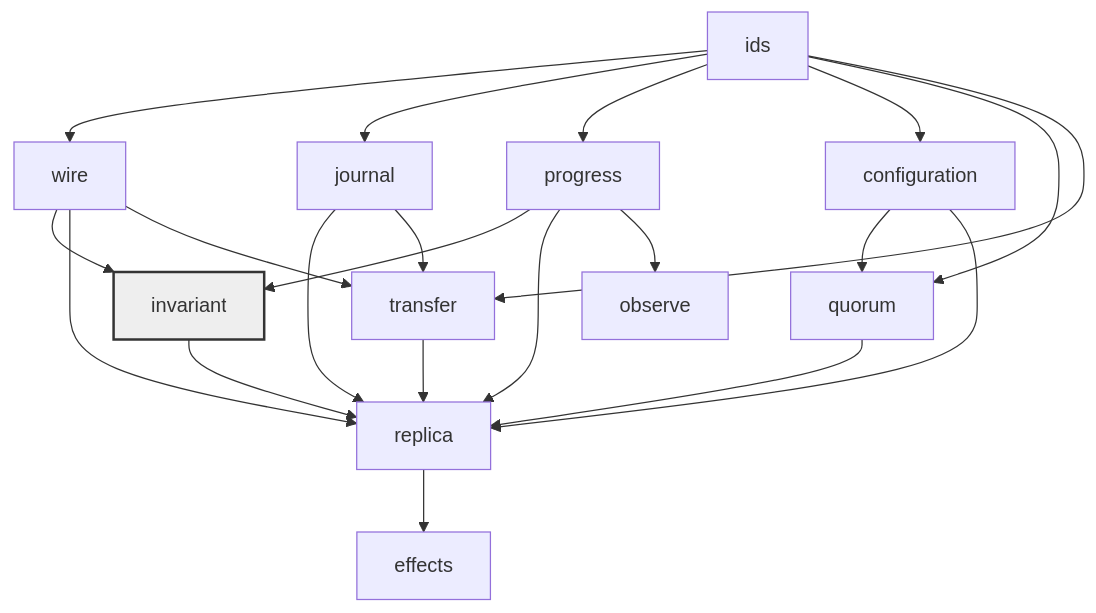
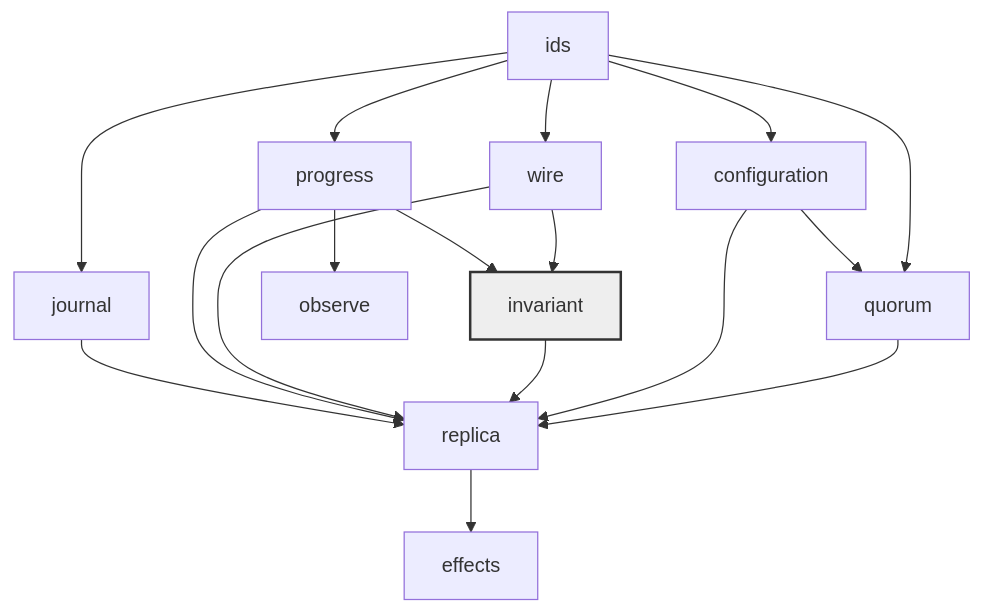
The diagram in docs/architecture.md (lua-lunet/uvrr-core), drawn with Mermaid before and after one commit. The commit also changed other lines of this file and 11 other files, not shown here.

````diff
--- a/docs/architecture.md
+++ b/docs/architecture.md
@@ -70,31 +74,26 @@
 ```mermaid
 graph TD
     ids --> wire
     ids --> journal
     ids --> progress
     ids --> configuration
 
     configuration --> quorum
     ids --> quorum
 
     progress --> invariant
     wire --> invariant
 
     journal --> replica
     progress --> replica
     wire --> replica
     invariant --> replica
     configuration --> replica
     quorum --> replica
 
-    ids --> transfer
-    journal --> transfer
-    wire --> transfer
-    transfer --> replica
-
     replica --> effects
     progress --> observe
 
     classDef closed fill:#eee,stroke:#333,stroke-width:2px;
     class invariant closed;
 ```
````
